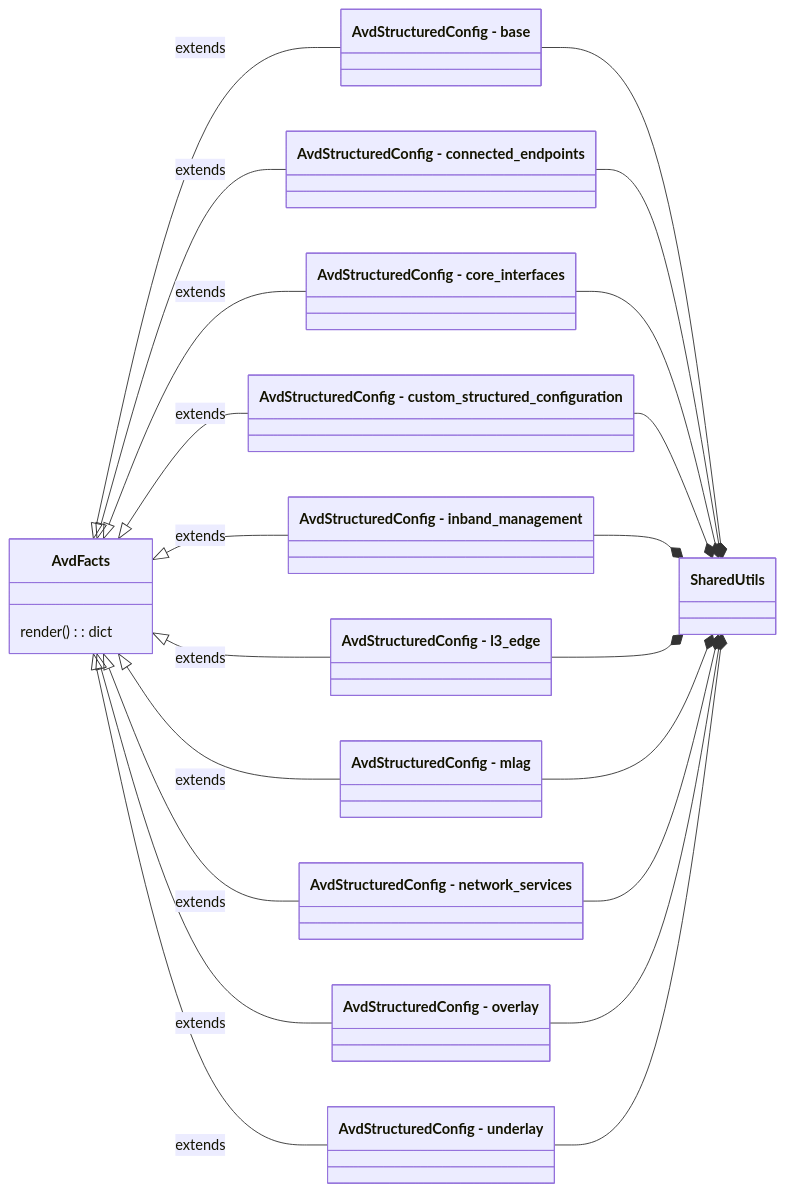
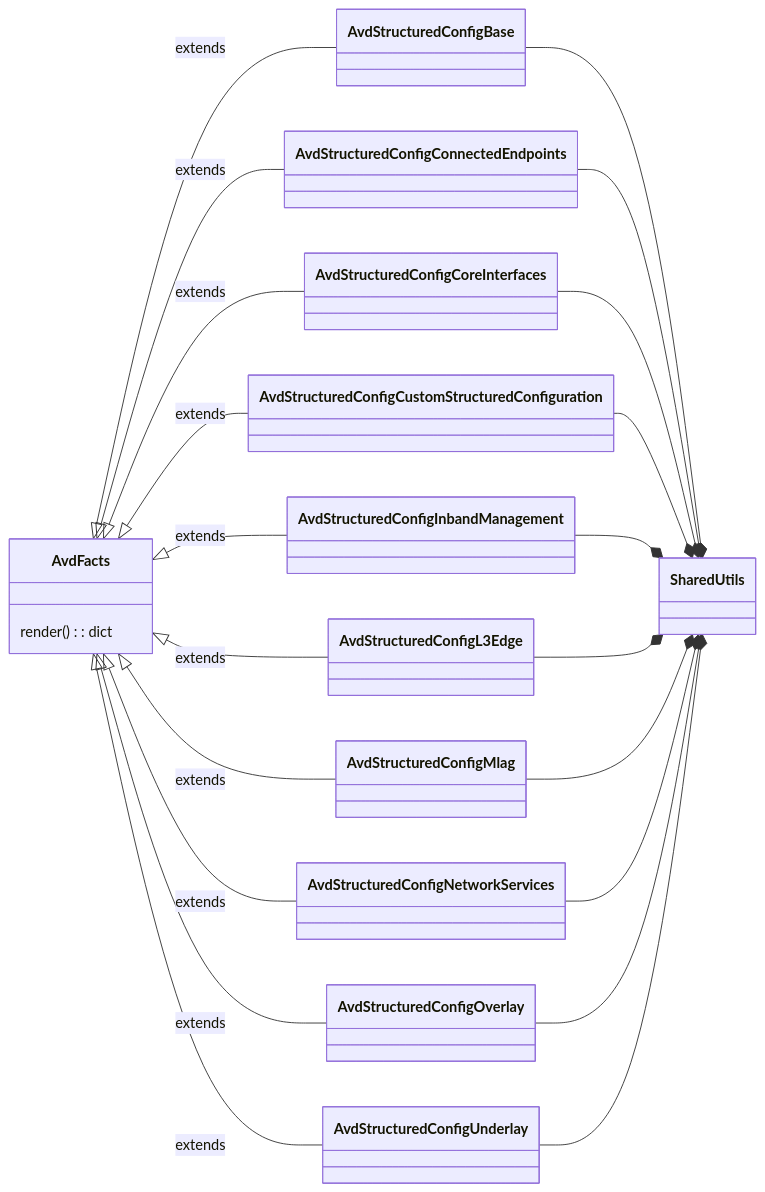
One commit to aristanetworks/avd changed the fifth of 5 diagrams in ansible_collections/arista/avd/docs/contribution/eos_designs_internal_notes.md. Above: the diagram before and after it, drawn with Mermaid. The commit also changed other lines of this file and 42 other files, not shown here.

````diff
--- a/ansible_collections/arista/avd/docs/contribution/eos_designs_internal_notes.md
+++ b/ansible_collections/arista/avd/docs/contribution/eos_designs_internal_notes.md
@@ -290,37 +243,37 @@
 ```mermaid
 classDiagram
   direction LR
   class AvdFacts{
     render(): dict
   }
-  class AvdStructuredConfigBase["AvdStructuredConfig - base"]
-  class AvdStructuredConfigConnectedEndpoints["AvdStructuredConfig - connected_endpoints"]
-  class AvdStructuredConfigCoreInterfaces["AvdStructuredConfig - core_interfaces"]
-  class AvdStructuredConfigCustomStructuredConfiguration["AvdStructuredConfig - custom_structured_configuration"]
-  class AvdStructuredConfigInbandManagement["AvdStructuredConfig - inband_management"]
-  class AvdStructuredConfigL3Edge["AvdStructuredConfig - l3_edge"]
-  class AvdStructuredConfigMlag["AvdStructuredConfig - mlag"]
-  class AvdStructuredConfigNetworkServices["AvdStructuredConfig - network_services"]
-  class AvdStructuredConfigOverlay["AvdStructuredConfig - overlay"]
-  class AvdStructuredConfigUnderlay["AvdStructuredConfig - underlay"]
+  class AvdStructuredConfigBase
+  class AvdStructuredConfigConnectedEndpoints
+  class AvdStructuredConfigCoreInterfaces
+  class AvdStructuredConfigCustomStructuredConfiguration
+  class AvdStructuredConfigInbandManagement
+  class AvdStructuredConfigL3Edge
+  class AvdStructuredConfigMlag
+  class AvdStructuredConfigNetworkServices
+  class AvdStructuredConfigOverlay
+  class AvdStructuredConfigUnderlay
   AvdFacts <|-- AvdStructuredConfigBase : extends
   AvdFacts <|-- AvdStructuredConfigConnectedEndpoints : extends
   AvdFacts <|-- AvdStructuredConfigCoreInterfaces : extends
   AvdFacts <|-- AvdStructuredConfigCustomStructuredConfiguration : extends
   AvdFacts <|-- AvdStructuredConfigInbandManagement : extends
   AvdFacts <|-- AvdStructuredConfigL3Edge : extends
   AvdFacts <|-- AvdStructuredConfigMlag : extends
   AvdFacts <|-- AvdStructuredConfigNetworkServices : extends
   AvdFacts <|-- AvdStructuredConfigOverlay : extends
   AvdFacts <|-- AvdStructuredConfigUnderlay : extends
   AvdStructuredConfigBase --* SharedUtils
   AvdStructuredConfigConnectedEndpoints --* SharedUtils
   AvdStructuredConfigCoreInterfaces --* SharedUtils
   AvdStructuredConfigCustomStructuredConfiguration --* SharedUtils
   AvdStructuredConfigInbandManagement --* SharedUtils
   AvdStructuredConfigL3Edge --* SharedUtils
   AvdStructuredConfigMlag --* SharedUtils
   AvdStructuredConfigNetworkServices --* SharedUtils
   AvdStructuredConfigOverlay --* SharedUtils
   AvdStructuredConfigUnderlay --* SharedUtils
 ```
````
